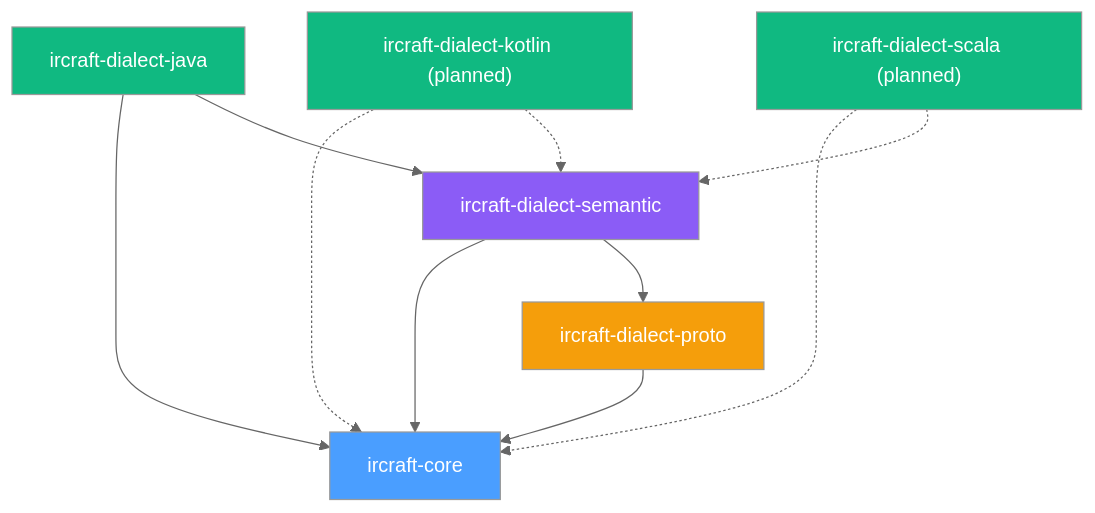
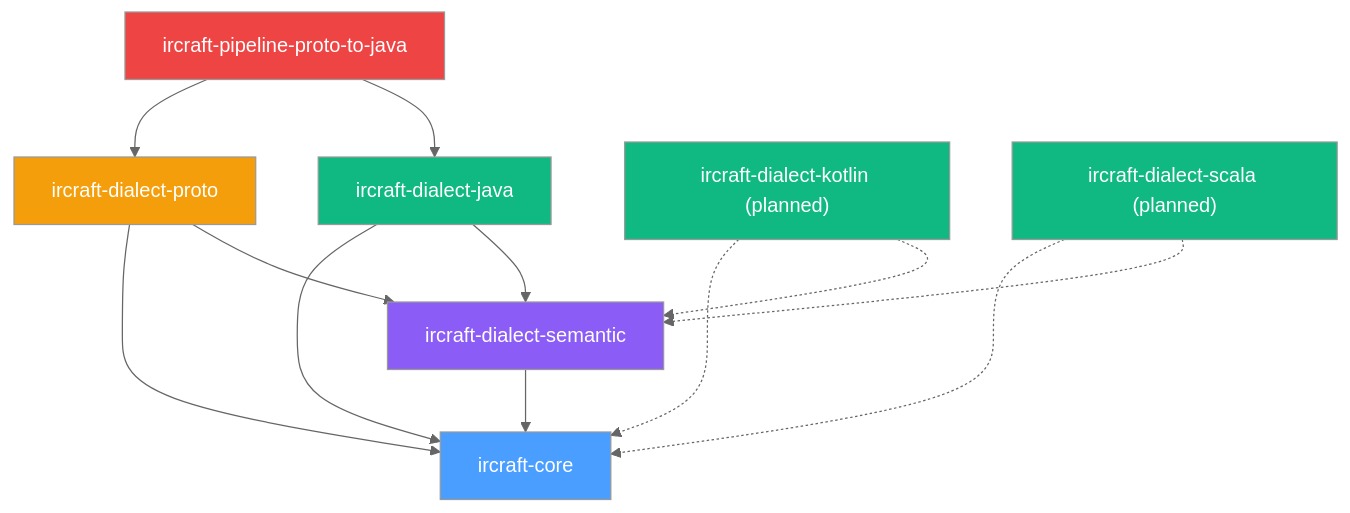
The fifth of 12 diagrams in docs/ARCHITECTURE.md (alnovis/ircraft), drawn with Mermaid (neutral theme) before and after one commit. The commit also changed other lines of this file and 7 other files, not shown here.

First line of the commit message:
refactor: isolate dialects — move lowering to proto, extract pipeline module

````diff
--- a/docs/ARCHITECTURE.md
+++ b/docs/ARCHITECTURE.md
@@ -172,26 +170,30 @@
 ```mermaid
 flowchart TB
     core["ircraft-core"]
+    semantic["ircraft-dialect-semantic"]
     proto["ircraft-dialect-proto"]
-    semantic["ircraft-dialect-semantic"]
     java["ircraft-dialect-java"]
     kotlin["ircraft-dialect-kotlin (planned)"]
     scala["ircraft-dialect-scala (planned)"]
+    ptj["ircraft-pipeline-proto-to-java"]
 
+    semantic --> core
     proto --> core
-    semantic --> core
-    semantic --> proto
+    proto --> semantic
     java --> core
     java --> semantic
     kotlin -.-> core
     kotlin -.-> semantic
     scala -.-> core
     scala -.-> semantic
+    ptj --> proto
+    ptj --> java
 
     style core fill:#4a9eff,color:#fff
+    style semantic fill:#8b5cf6,color:#fff
     style proto fill:#f59e0b,color:#fff
-    style semantic fill:#8b5cf6,color:#fff
     style java fill:#10b981,color:#fff
     style kotlin fill:#10b981,color:#fff
     style scala fill:#10b981,color:#fff
+    style ptj fill:#ef4444,color:#fff
 ```
````
